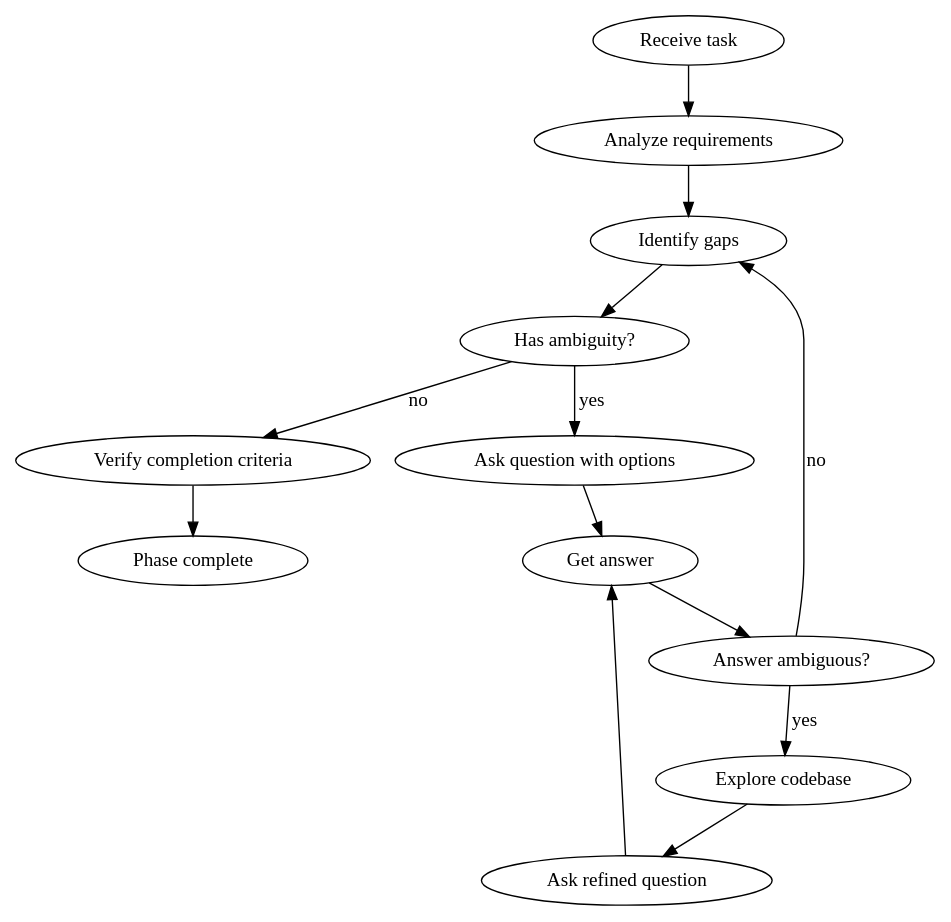
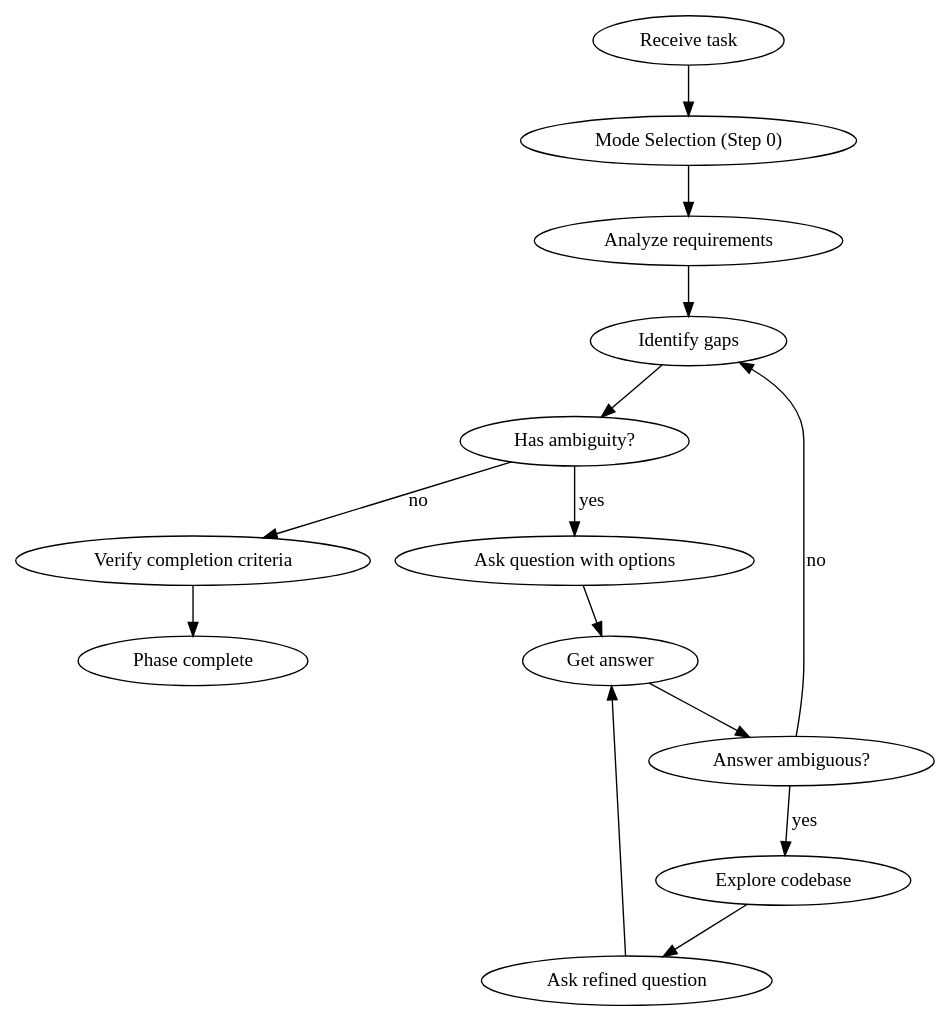
The diagram in skills/questioning/SKILL.md (tasai-lab/fractal-dev-workflow), drawn with Graphviz before and after one commit. The commit also changed other lines of this file, not shown here.

````diff
--- a/skills/questioning/SKILL.md
+++ b/skills/questioning/SKILL.md
@@ -24,16 +24,17 @@
 ```dot
 digraph questioning {
-    "Receive task" -> "Analyze requirements";
+    "Receive task" -> "Mode Selection (Step 0)";
+    "Mode Selection (Step 0)" -> "Analyze requirements";
     "Analyze requirements" -> "Identify gaps";
     "Identify gaps" -> "Has ambiguity?" [shape=diamond];
     "Has ambiguity?" -> "Ask question with options" [label="yes"];
     "Ask question with options" -> "Get answer";
     "Get answer" -> "Answer ambiguous?" [shape=diamond];
     "Answer ambiguous?" -> "Explore codebase" [label="yes"];
     "Explore codebase" -> "Ask refined question";
     "Ask refined question" -> "Get answer";
     "Answer ambiguous?" -> "Identify gaps" [label="no"];
     "Has ambiguity?" -> "Verify completion criteria" [label="no"];
     "Verify completion criteria" -> "Phase complete";
 }
 ```
````
